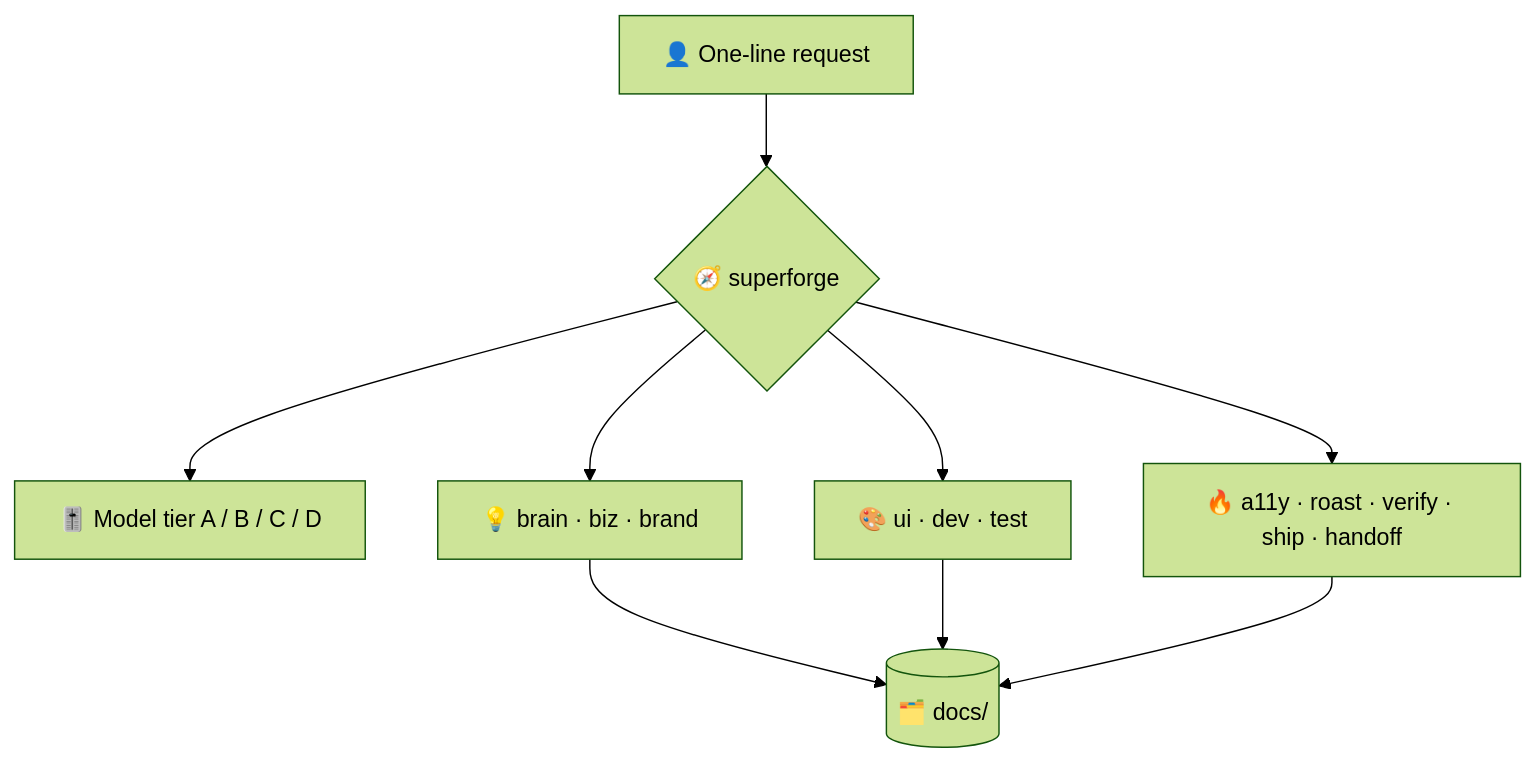
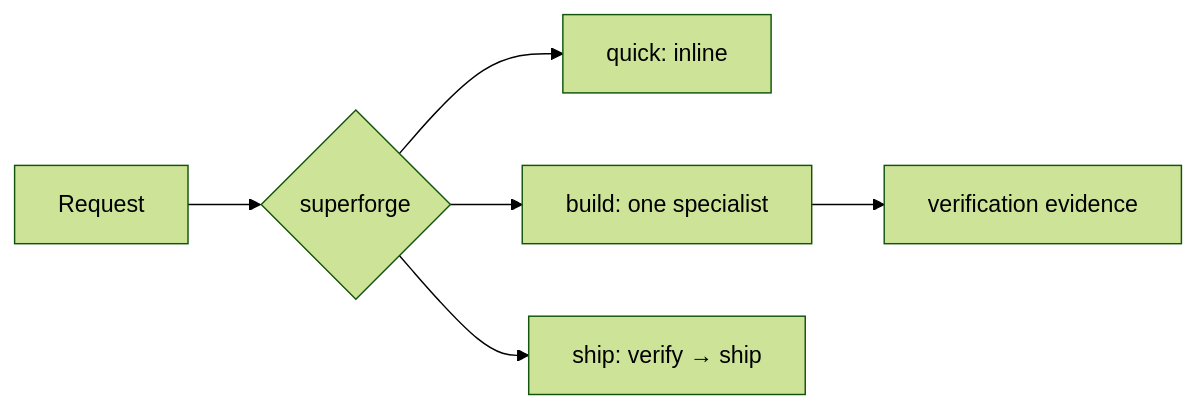
One commit to takaoumehara/superforge-skill changed the diagram in skills/superforge/README.md. Above: the diagram before and after it, drawn with Mermaid (forest theme). The commit also changed other lines of this file and 14 other files, not shown here.

````diff
--- a/skills/superforge/README.md
+++ b/skills/superforge/README.md
@@ -23,11 +19,8 @@
 ```mermaid
-flowchart TD
-    U[👤 One-line request] --> R{🧭 superforge}
-    R --> T[🎚️ Model tier A / B / C / D]
-    R --> S1[💡 brain · biz · brand]
-    R --> S2[🎨 ui · dev · test]
-    R --> S3[🔥 a11y · roast · verify · ship · handoff]
-    S1 --> D[(🗂️ docs/)]
-    S2 --> D
-    S3 --> D
+flowchart LR
+    U[Request] --> R{superforge}
+    R --> Q[quick: inline]
+    R --> B[build: one specialist]
+    R --> S[ship: verify → ship]
+    B --> V[verification evidence]
 ```
````
